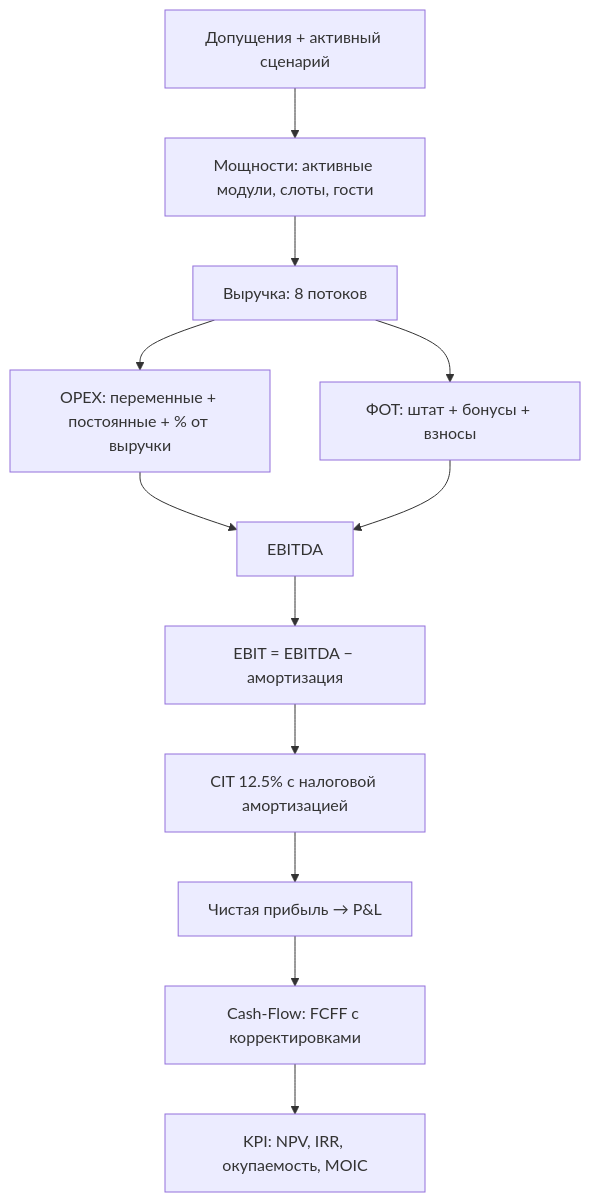
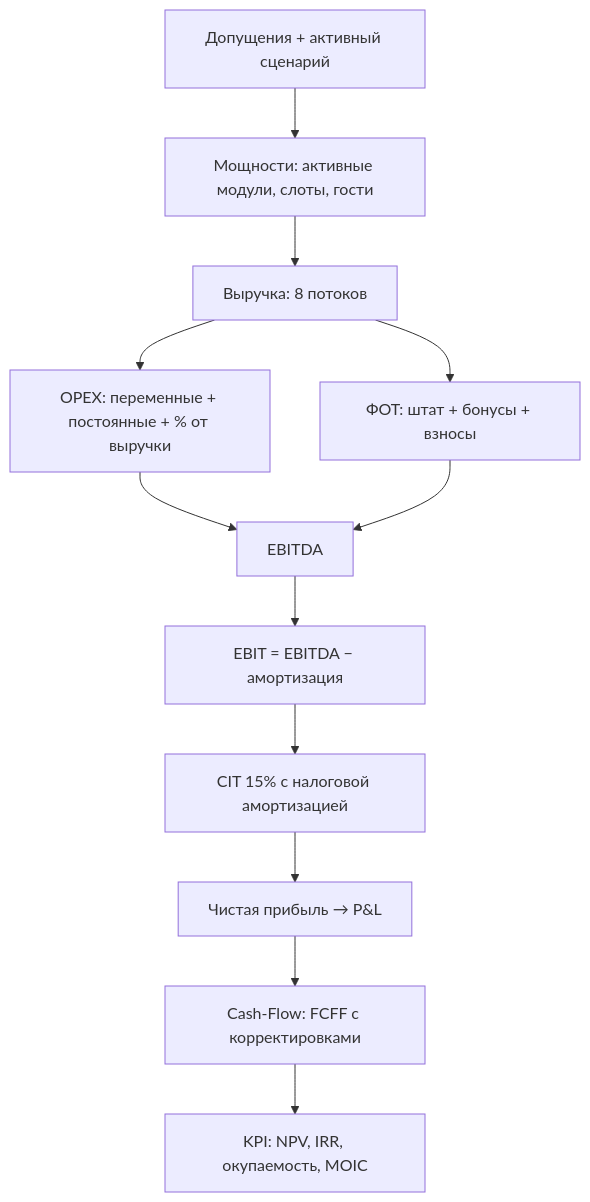
The second of 6 diagrams in src/docs/model-guide.md (ampulex-23/aura-hills-finmodel), drawn with Mermaid before and after one commit. The commit also changed other lines of this file and 10 other files, not shown here.

````diff
--- a/src/docs/model-guide.md
+++ b/src/docs/model-guide.md
@@ -53,14 +53,14 @@
 ```mermaid
 flowchart TD
     A["Допущения + активный сценарий"] --> B["Мощности: активные модули, слоты, гости"]
     B --> C["Выручка: 8 потоков"]
     C --> D["OPEX: переменные + постоянные + % от выручки"]
     C --> E["ФОТ: штат + бонусы + взносы"]
     D --> F["EBITDA"]
     E --> F
     F --> G["EBIT = EBITDA − амортизация"]
-    G --> H["CIT 12.5% с налоговой амортизацией"]
+    G --> H["CIT 15% с налоговой амортизацией"]
     H --> I["Чистая прибыль → P&L"]
     I --> J["Cash-Flow: FCFF с корректировками"]
     J --> K["KPI: NPV, IRR, окупаемость, MOIC"]
 ```
````
